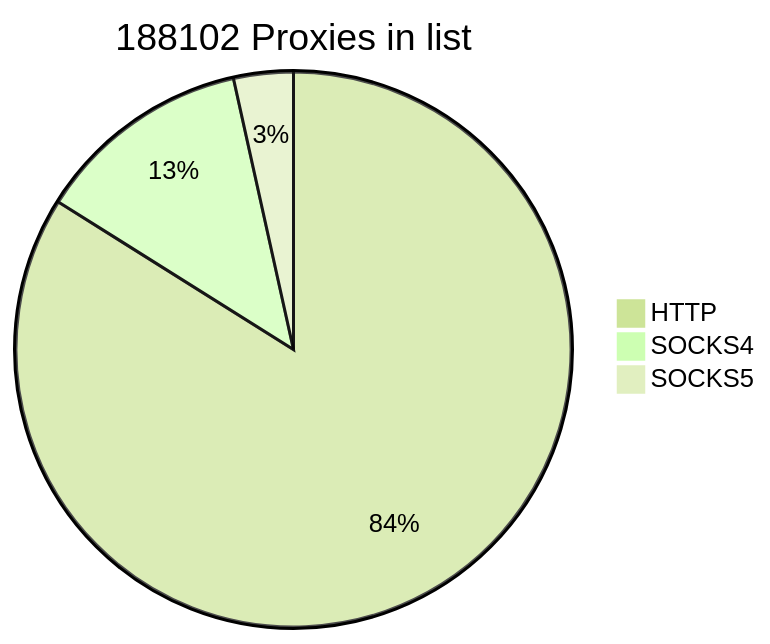
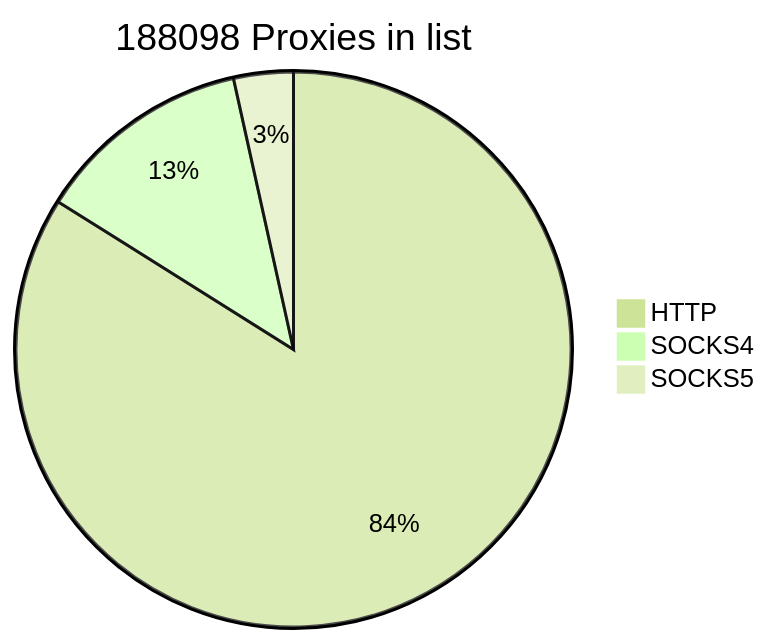
One commit to cutipu/proxylist changed the first of 2 diagrams in README.md. Above: the diagram before and after it, drawn with Mermaid (forest theme). The commit also changed other lines of this file, not shown here.

````diff
--- a/README.md
+++ b/README.md
@@ -2,7 +2,7 @@
 ```mermaid
-pie title 188102 Proxies in list
-    "HTTP" : 157855
-    "SOCKS4" : 23721
-    "SOCKS5" : 6526
+pie title 188098 Proxies in list
+    "HTTP" : 157856
+    "SOCKS4" : 23718
+    "SOCKS5" : 6524
             
 ```
````
